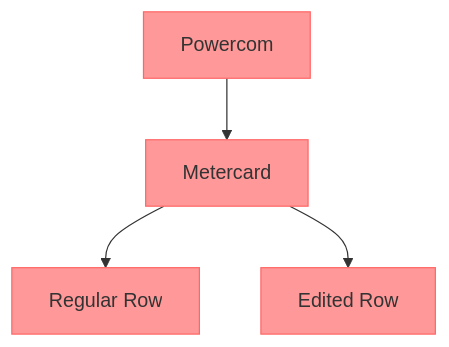
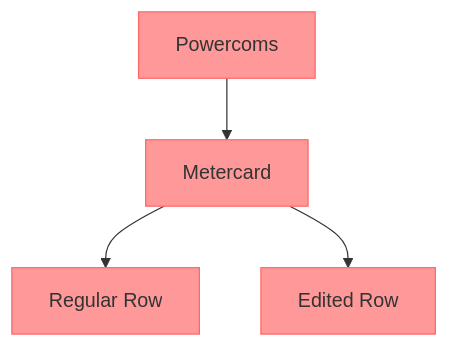
Before and after one commit to amithg2/Lotto: the second of 2 diagrams in README.md, drawn with Mermaid. The commit also changed other lines of this file, not shown here.

````diff
--- a/README.md
+++ b/README.md
@@ -96,18 +135,18 @@
 ```mermaid
 graph TD
-  A[Powercom]
+  A[Powercoms]
   B[Metercard]
   C[Regular Row]
   D[Edited Row]
 
  %% Set node colors
   style A fill:#ff9999,stroke:#ff6666
   style B fill:#ff9999,stroke:#ff6666
   style C fill:#ff9999,stroke:#ff6666
   style D fill:#ff9999,stroke:#ff6666
 
   A --> B
   B --> C
   B --> D
 
 ```
````
